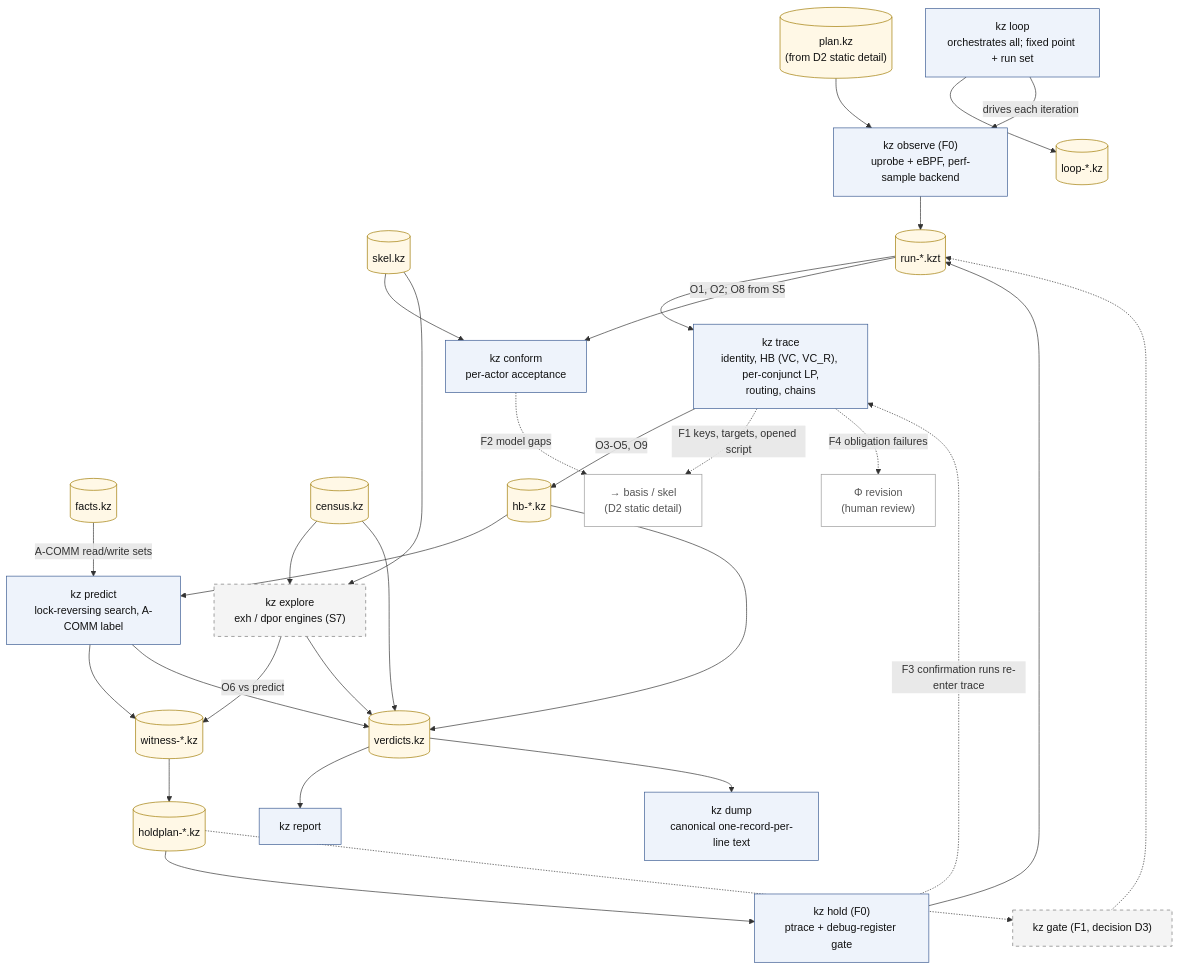
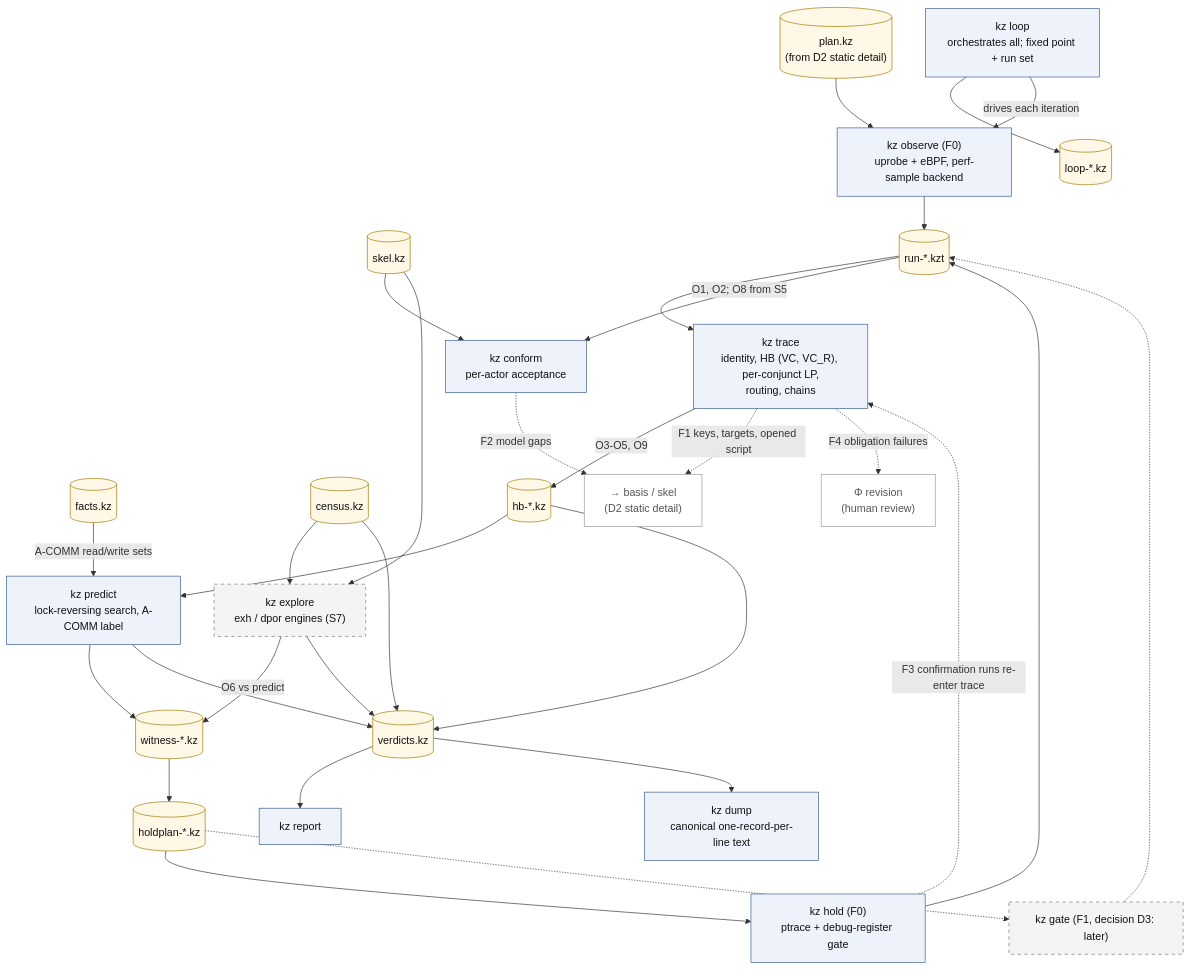
One commit to wookjaeya/Shape-Perf changed the fourth of 4 diagrams in research/cfs_procrace/Architecture/02_architecture.md. Above: the diagram before and after it, drawn with Mermaid. The commit also changed other lines of this file and 309 other files, not shown here.

````diff
--- a/research/cfs_procrace/Architecture/02_architecture.md
+++ b/research/cfs_procrace/Architecture/02_architecture.md
@@ -601,70 +602,70 @@
 ```mermaid
 flowchart TD
     %% D2 detail (2/2) - observation, concrete and operational interpreters, confirmation, verdicts, loop.
     %% Source: spec §12 D2; §2.2-2.5, §4.8-4.14.
-    %% Dashed border = gated (explore: S7; gate: PI decision D3). Dashed edge = feedback F1-F4.
+    %% Dashed border = gated (explore: S7; gate: later, decision D3). Dashed edge = feedback F1-F4.
 
     PK[("plan.kz<br/>(from D2 static detail)")]
     SK[("skel.kz")]
     FK[("facts.kz")]
     CEN[("census.kz")]
 
     OBS["kz observe (F0)<br/>uprobe + eBPF, perf-sample backend"]
     RUN[("run-*.kzt")]
     TRC["kz trace<br/>identity, HB (VC, VC_R), per-conjunct LP,<br/>routing, chains"]
     HB[("hb-*.kz")]
     CNF["kz conform<br/>per-actor acceptance"]
     PRD["kz predict<br/>lock-reversing search, A-COMM label"]
     EXP["kz explore<br/>exh / dpor engines (S7)"]
     WIT[("witness-*.kz")]
     HPL[("holdplan-*.kz")]
     HLD["kz hold (F0)<br/>ptrace + debug-register gate"]
-    GAT["kz gate (F1, decision D3)"]
+    GAT["kz gate (F1, decision D3: later)"]
     VER[("verdicts.kz")]
     REP["kz report"]
     DMP["kz dump<br/>canonical one-record-per-line text"]
     LOOP["kz loop<br/>orchestrates all; fixed point + run set"]
     LK[("loop-*.kz")]
 
     BASK["→ basis / skel<br/>(D2 static detail)"]
     PROF["Φ revision<br/>(human review)"]
 
     PK --> OBS --> RUN
     RUN --> TRC
     TRC -->|"O3-O5, O9"| HB
     RUN -->|"O1, O2; O8 from S5"| CNF
     SK --> CNF
     HB --> PRD
     FK -->|"A-COMM read/write sets"| PRD
     PRD --> WIT
     SK --> EXP
     CEN --> EXP
     EXP -->|"O6 vs predict"| WIT
     WIT --> HPL
     HPL --> HLD
     HPL -.-> GAT
     HLD --> RUN
     GAT -.-> RUN
     CEN --> VER
     HB --> VER
     PRD --> VER
     EXP --> VER
     VER --> REP
     VER --> DMP
     LOOP --> LK
     LOOP -->|"drives each iteration"| OBS
 
     TRC -.->|"F1 keys, targets, opened script"| BASK
     CNF -.->|"F2 model gaps"| BASK
     HLD -.->|"F3 confirmation runs re-enter trace"| TRC
     TRC -.->|"F4 obligation failures"| PROF
 
     classDef comp fill:#eef3fb,stroke:#3b5b92,color:#111
     classDef art fill:#fff8e6,stroke:#a07a00,color:#111
     classDef gated fill:#f4f4f4,stroke:#777,stroke-dasharray:5 5,color:#111
     classDef ref fill:#ffffff,stroke:#999,color:#555
     class OBS,TRC,CNF,PRD,HLD,REP,DMP,LOOP comp
     class PK,SK,FK,CEN,RUN,HB,WIT,HPL,VER,LK art
     class EXP,GAT gated
     class BASK,PROF ref
 ```
````
